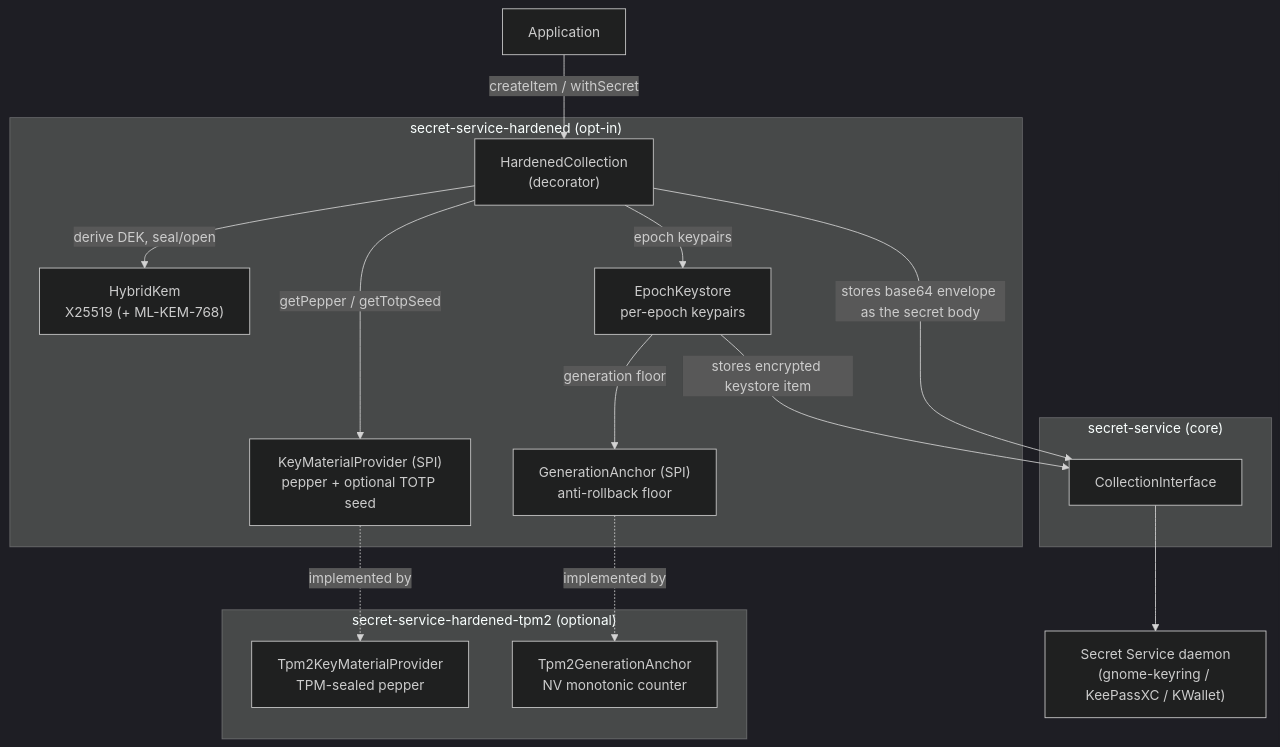
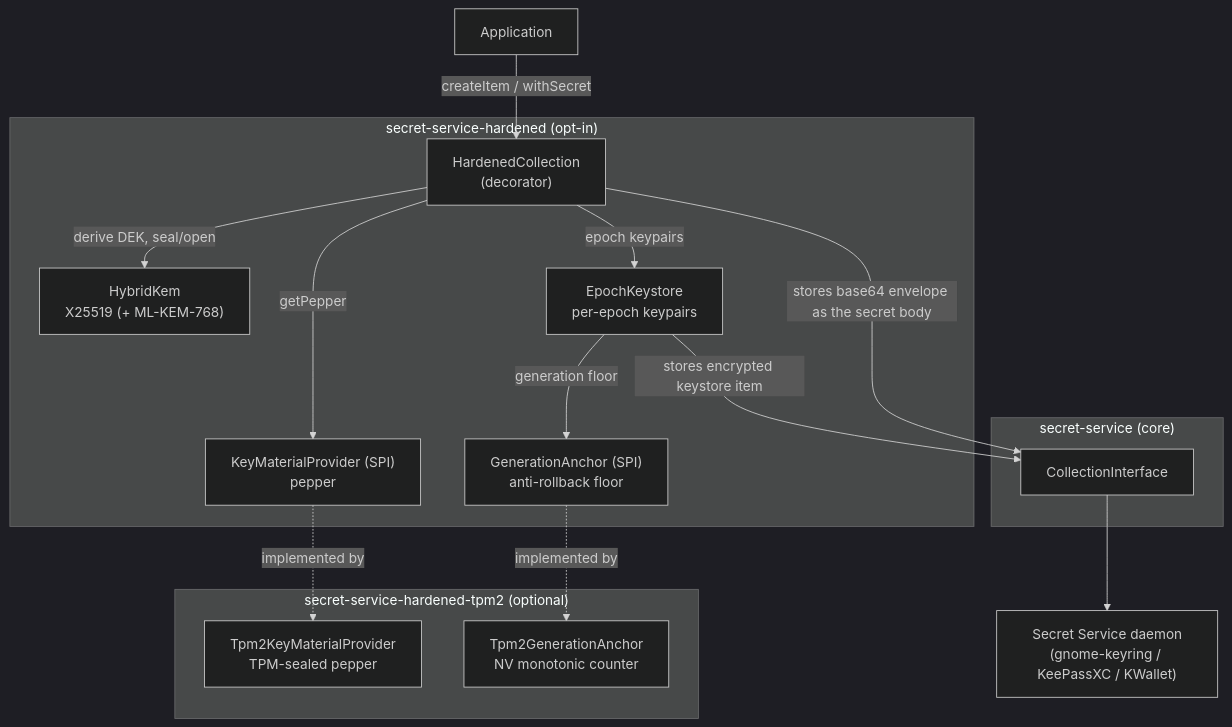
Before and after one commit to swiesend/secret-service: the first of 2 diagrams in docs/architecture/README.md, drawn with Mermaid (dark theme). The commit also changed other lines of this file and 28 other files, not shown here.

````diff
--- a/docs/architecture/README.md
+++ b/docs/architecture/README.md
@@ -25,30 +24,30 @@
 ```mermaid
 flowchart TB
     app["Application"]
     subgraph hardened["secret-service-hardened (opt-in)"]
         hc["HardenedCollection<br/>(decorator)"]
         kem["HybridKem<br/>X25519 (+ ML-KEM-768)"]
         eks["EpochKeystore<br/>per-epoch keypairs"]
-        kmp["KeyMaterialProvider (SPI)<br/>pepper + optional TOTP seed"]
+        kmp["KeyMaterialProvider (SPI)<br/>pepper"]
         anchor["GenerationAnchor (SPI)<br/>anti-rollback floor"]
     end
     subgraph tpm2["secret-service-hardened-tpm2 (optional)"]
         tprov["Tpm2KeyMaterialProvider<br/>TPM-sealed pepper"]
         tanchor["Tpm2GenerationAnchor<br/>NV monotonic counter"]
     end
     subgraph core["secret-service (core)"]
         ci["CollectionInterface"]
     end
     daemon["Secret Service daemon<br/>(gnome-keyring / KeePassXC / KWallet)"]
 
     app -->|"createItem / withSecret"| hc
     hc -->|"derive DEK, seal/open"| kem
     hc -->|"epoch keypairs"| eks
-    hc -->|"getPepper / getTotpSeed"| kmp
+    hc -->|"getPepper"| kmp
     eks -->|"generation floor"| anchor
     kmp -.implemented by.-> tprov
     anchor -.implemented by.-> tanchor
     hc -->|"stores base64 envelope as the secret body"| ci
     eks -->|"stores encrypted keystore item"| ci
     ci --> daemon
 ```
````
